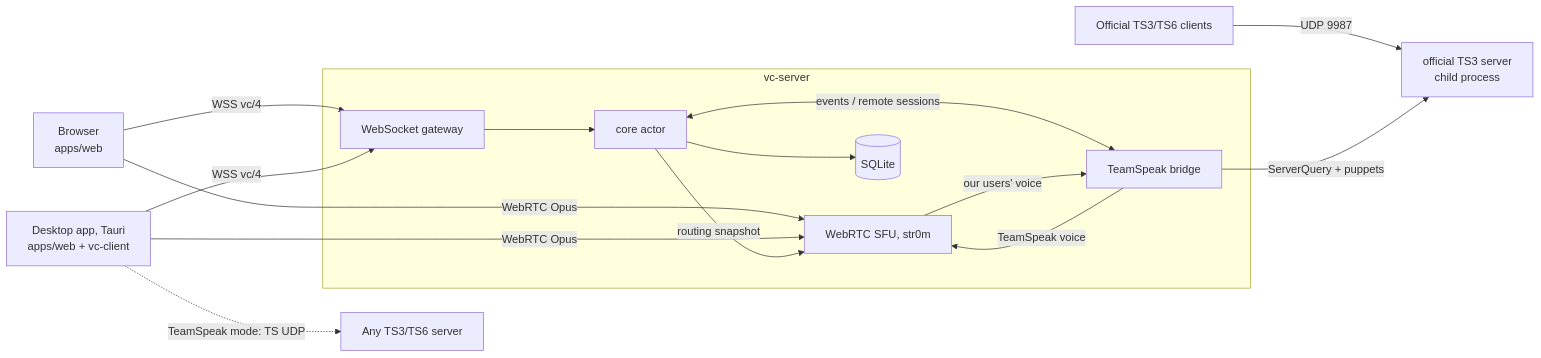
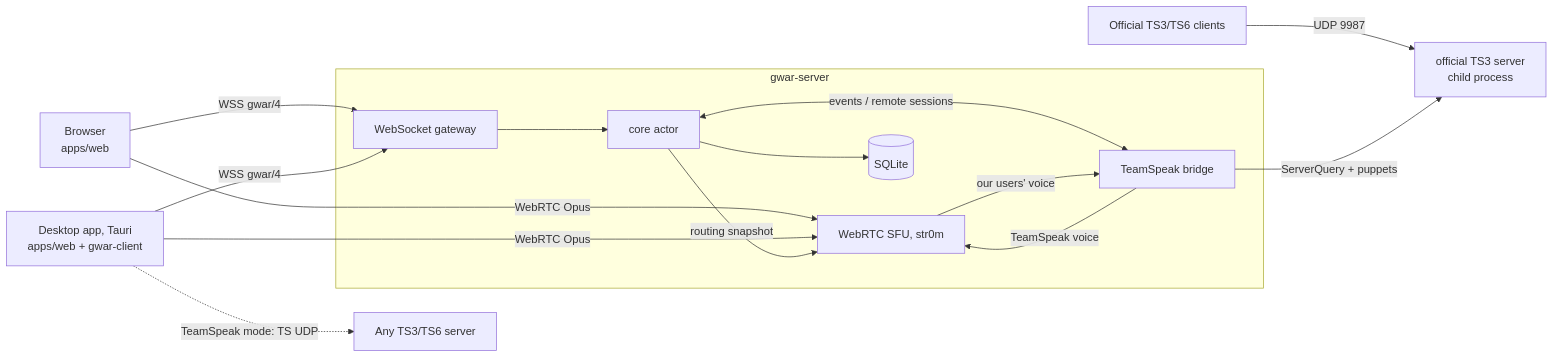
One commit to MaciejWlodarski/gwar changed the diagram in docs/architecture.md. Above: the diagram before and after it, drawn with Mermaid. The commit also changed other lines of this file and 334 other files, not shown here.

````diff
--- a/docs/architecture.md
+++ b/docs/architecture.md
@@ -3,19 +3,19 @@
 ```mermaid
 flowchart LR
-  Web[Browser<br/>apps/web] -- WSS vc/4 --> GW
-  Desk[Desktop app, Tauri<br/>apps/web + vc-client] -- WSS vc/4 --> GW
+  Web[Browser<br/>apps/web] -- WSS gwar/4 --> GW
+  Desk[Desktop app, Tauri<br/>apps/web + gwar-client] -- WSS gwar/4 --> GW
   TS3[Official TS3/TS6 clients] -- UDP 9987 --> TSS
   Web -- WebRTC Opus --> SFU
   Desk -- WebRTC Opus --> SFU
-  subgraph vc-server [vc-server]
+  subgraph gwar-server [gwar-server]
     GW[WebSocket gateway] --> CORE[core actor]
     SFU[WebRTC SFU, str0m]
     CORE -- routing snapshot --> SFU
     CORE <-- events / remote sessions --> BR[TeamSpeak bridge]
     SFU -- our users' voice --> BR
     BR -- TeamSpeak voice --> SFU
     CORE --> DB[(SQLite)]
   end
   BR -- ServerQuery + puppets --> TSS[official TS3 server<br/>child process]
   Desk -. TeamSpeak mode: TS UDP .-> EXT[Any TS3/TS6 server]
 ```
````
